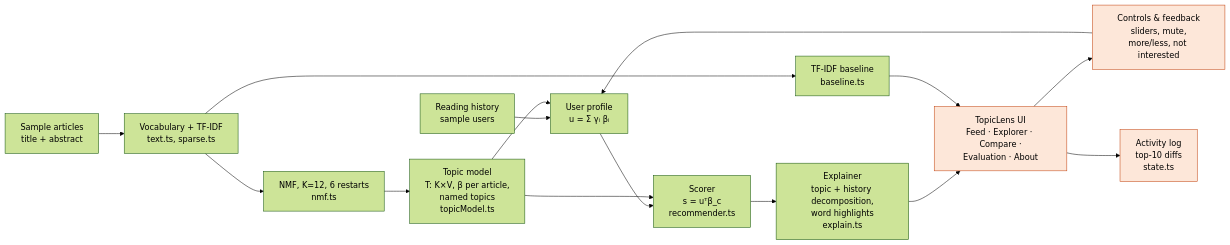
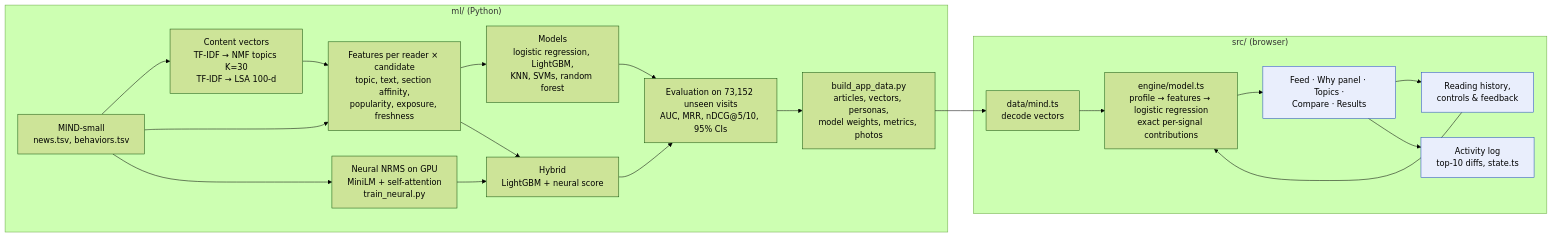
The diagram in docs/ARCHITECTURE.md (mihirr-spec/Topiclens), drawn with Mermaid (forest theme) before and after one commit. The commit also changed other lines of this file and 4 other files, not shown here.

First line of the commit message:
Update docs for MIND and the trained models

````diff
--- a/docs/ARCHITECTURE.md
+++ b/docs/ARCHITECTURE.md
@@ -5,18 +6,24 @@
 ```mermaid
 flowchart LR
-  A[Sample articles<br/>title + abstract] --> V[Vocabulary + TF-IDF<br/>text.ts, sparse.ts]
-  V --> N[NMF, K=12, 6 restarts<br/>nmf.ts]
-  N --> TM[Topic model<br/>T: K×V, β per article,<br/>named topics<br/>topicModel.ts]
-  H[Reading history<br/>sample users] --> P
-  TM --> P[User profile<br/>u = Σ γᵢ βᵢ]
-  C[Controls & feedback<br/>sliders, mute,<br/>more/less, not interested]:::new --> P
-  P --> S[Scorer<br/>s = uᵀβ_c<br/>recommender.ts]
-  TM --> S
-  S --> E[Explainer<br/>topic + history decomposition,<br/>word highlights<br/>explain.ts]
-  E --> UI[TopicLens UI<br/>Feed · Explorer · Compare ·<br/>Evaluation · About]:::new
-  V --> B[TF-IDF baseline<br/>baseline.ts]
-  B --> UI
-  UI --> C
-  UI --> L[Activity log<br/>top-10 diffs<br/>state.ts]:::new
-  classDef new fill:#fde7d9,stroke:#c2410c
+  subgraph Offline["ml/ (Python)"]
+    M[MIND-small<br/>news.tsv, behaviors.tsv] --> C[Content vectors<br/>TF-IDF → NMF topics K=30<br/>TF-IDF → LSA 100-d]
+    M --> F[Features per reader × candidate<br/>topic, text, section affinity,<br/>popularity, exposure, freshness]
+    C --> F
+    M --> N[Neural NRMS on GPU<br/>MiniLM + self-attention<br/>train_neural.py]
+    F --> T[Models<br/>logistic regression, LightGBM,<br/>KNN, SVMs, random forest]
+    N --> H[Hybrid<br/>LightGBM + neural score]
+    F --> H
+    T --> E[Evaluation on 73,152 unseen visits<br/>AUC, MRR, nDCG@5/10, 95% CIs]
+    H --> E
+    E --> X[build_app_data.py<br/>articles, vectors, personas,<br/>model weights, metrics, photos]
+  end
+  subgraph App["src/ (browser)"]
+    X --> D[data/mind.ts<br/>decode vectors]
+    D --> R[engine/model.ts<br/>profile → features → logistic regression<br/>exact per-signal contributions]
+    U[Reading history,<br/>controls & feedback]:::new --> R
+    R --> UI[Feed · Why panel · Topics ·<br/>Compare · Results]:::new
+    UI --> U
+    UI --> L[Activity log<br/>top-10 diffs, state.ts]:::new
+  end
+  classDef new fill:#e9eefc,stroke:#2449c4
 ```
````
